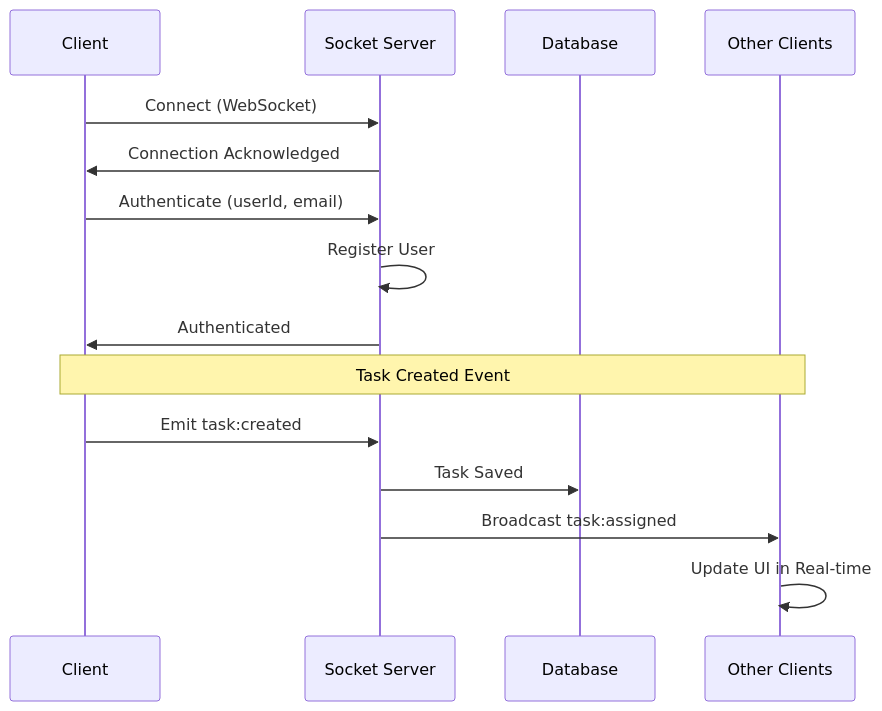
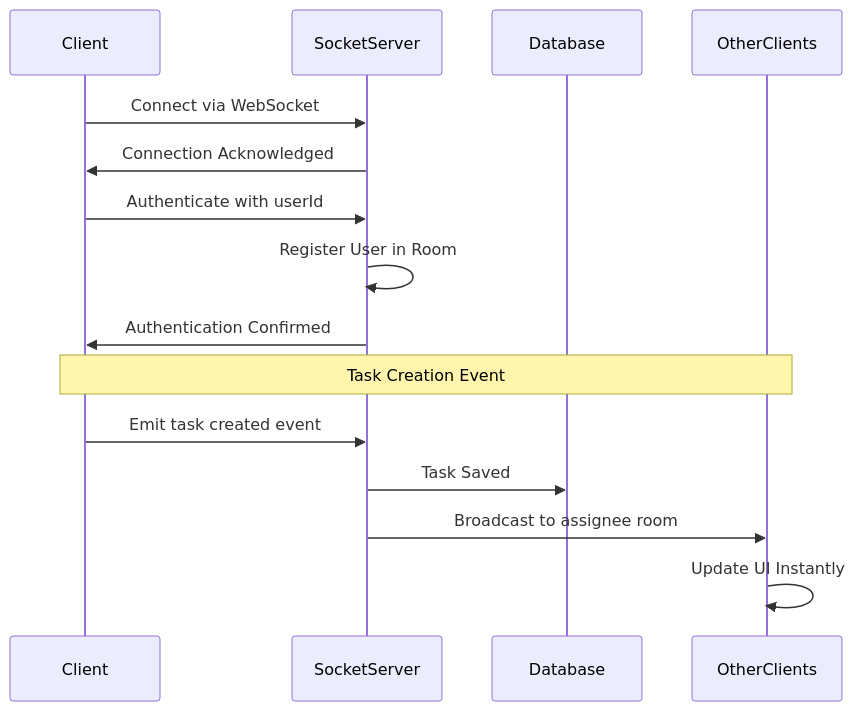
The ninth of 24 diagrams in README.md (anshsharmacse/Real-time-Collaborative-Task-Manager), drawn with Mermaid before and after one commit. The commit also changed other lines of this file, not shown here.

````diff
--- a/README.md
+++ b/README.md
@@ -494,19 +399,19 @@
 ```mermaid
 sequenceDiagram
-    participant C as Client
-    participant S as Socket Server
-    participant D as Database
-    participant O as Other Clients
+    participant Client
+    participant SocketServer
+    participant Database
+    participant OtherClients
     
-    C->>S: Connect (WebSocket)
-    S->>C: Connection Acknowledged
-    C->>S: Authenticate (userId, email)
-    S->>S: Register User
-    S->>C: Authenticated
+    Client->>SocketServer: Connect via WebSocket
+    SocketServer->>Client: Connection Acknowledged
+    Client->>SocketServer: Authenticate with userId
+    SocketServer->>SocketServer: Register User in Room
+    SocketServer->>Client: Authentication Confirmed
     
-    Note over C,O: Task Created Event
-    C->>S: Emit task:created
-    S->>D: Task Saved
-    S->>O: Broadcast task:assigned
-    O->>O: Update UI in Real-time
+    Note over Client,OtherClients: Task Creation Event
+    Client->>SocketServer: Emit task created event
+    SocketServer->>Database: Task Saved
+    SocketServer->>OtherClients: Broadcast to assignee room
+    OtherClients->>OtherClients: Update UI Instantly
 ```
````
